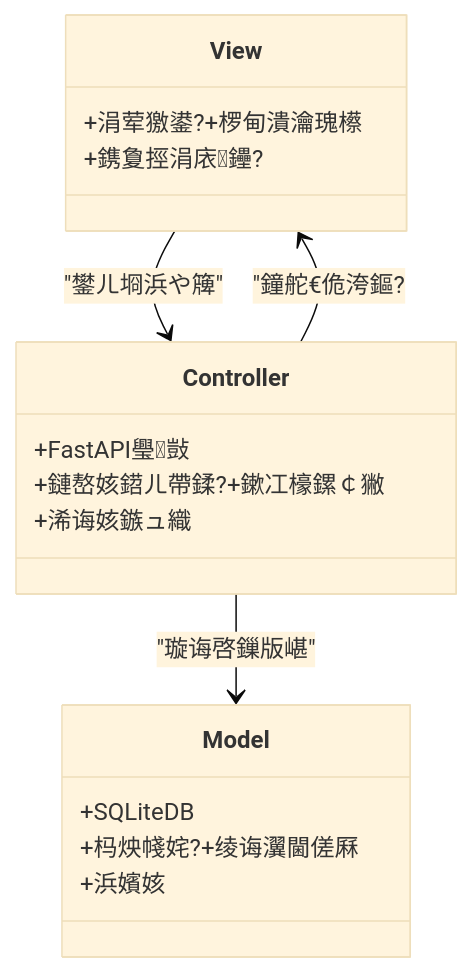
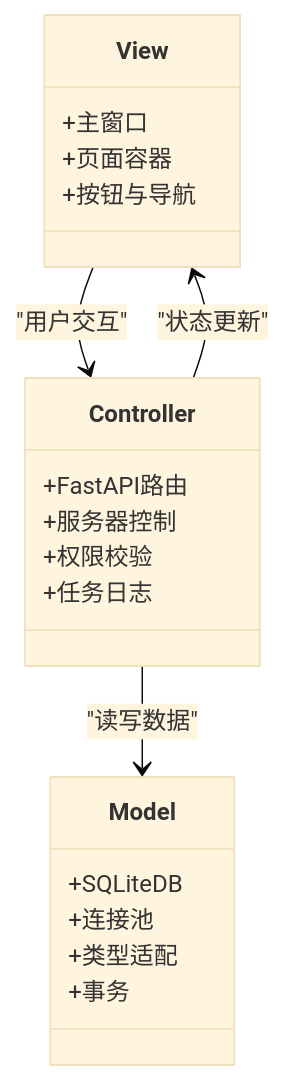
Before and after one commit to boltspectre/temu-automation-toolkit: the third of 5 diagrams in 代码规范/系统说明文档md/系统架构/系统架构.md, drawn with Mermaid (base theme). The commit also changed other lines of this file and 15 other files, not shown here.

````diff
--- a/代码规范/系统说明文档md/系统架构/系统架构.md
+++ b/代码规范/系统说明文档md/系统架构/系统架构.md
@@ -149,19 +169,23 @@
 ```mermaid
 classDiagram
 class Model {
 +SQLiteDB
-+杩炴帴姹?+绫诲瀷閫傞厤
-+浜嬪姟
++连接池
++类型适配
++事务
 }
 class View {
-+涓荤獥鍙?+椤甸潰瀹瑰櫒
-+鎸夐挳涓庡鑸?}
++主窗口
++页面容器
++按钮与导航
+}
 class Controller {
-+FastAPI璺敱
-+鏈嶅姟鍣ㄦ帶鍒?+鏉冮檺鏍￠獙
-+浠诲姟鏃ュ織
++FastAPI路由
++服务器控制
++权限校验
++任务日志
 }
-View --> Controller : "鐢ㄦ埛浜や簰"
-Controller --> Model : "璇诲啓鏁版嵁"
-Controller --> View : "鐘舵€佹洿鏂?
+View --> Controller : "用户交互"
+Controller --> Model : "读写数据"
+Controller --> View : "状态更新"
 ```
````
